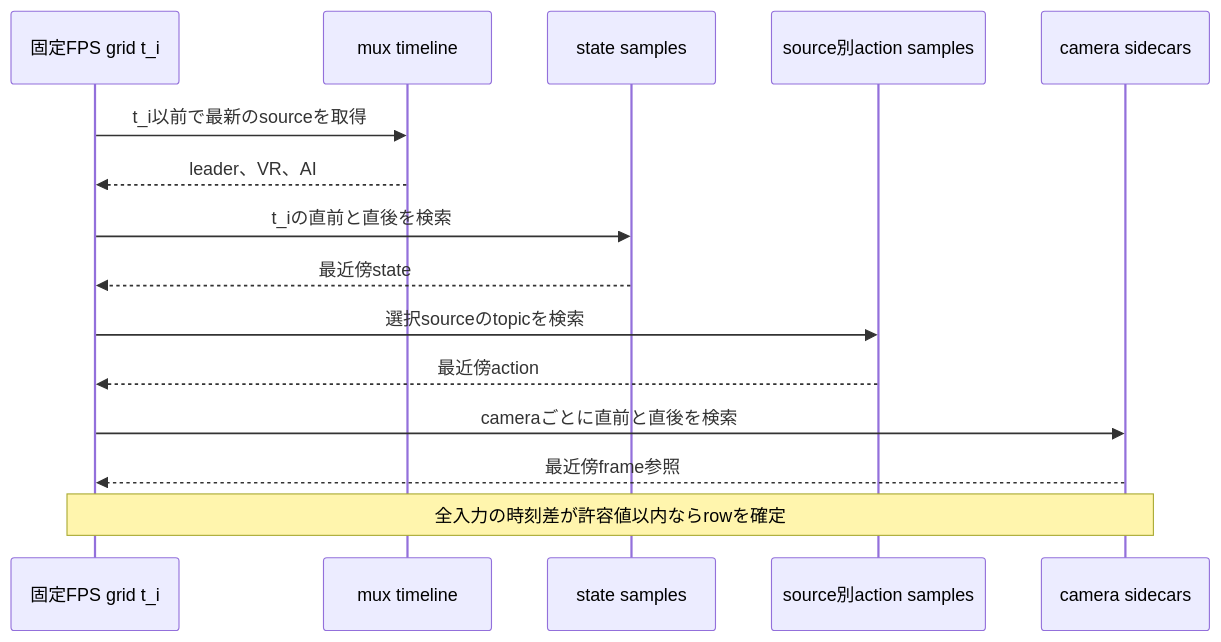
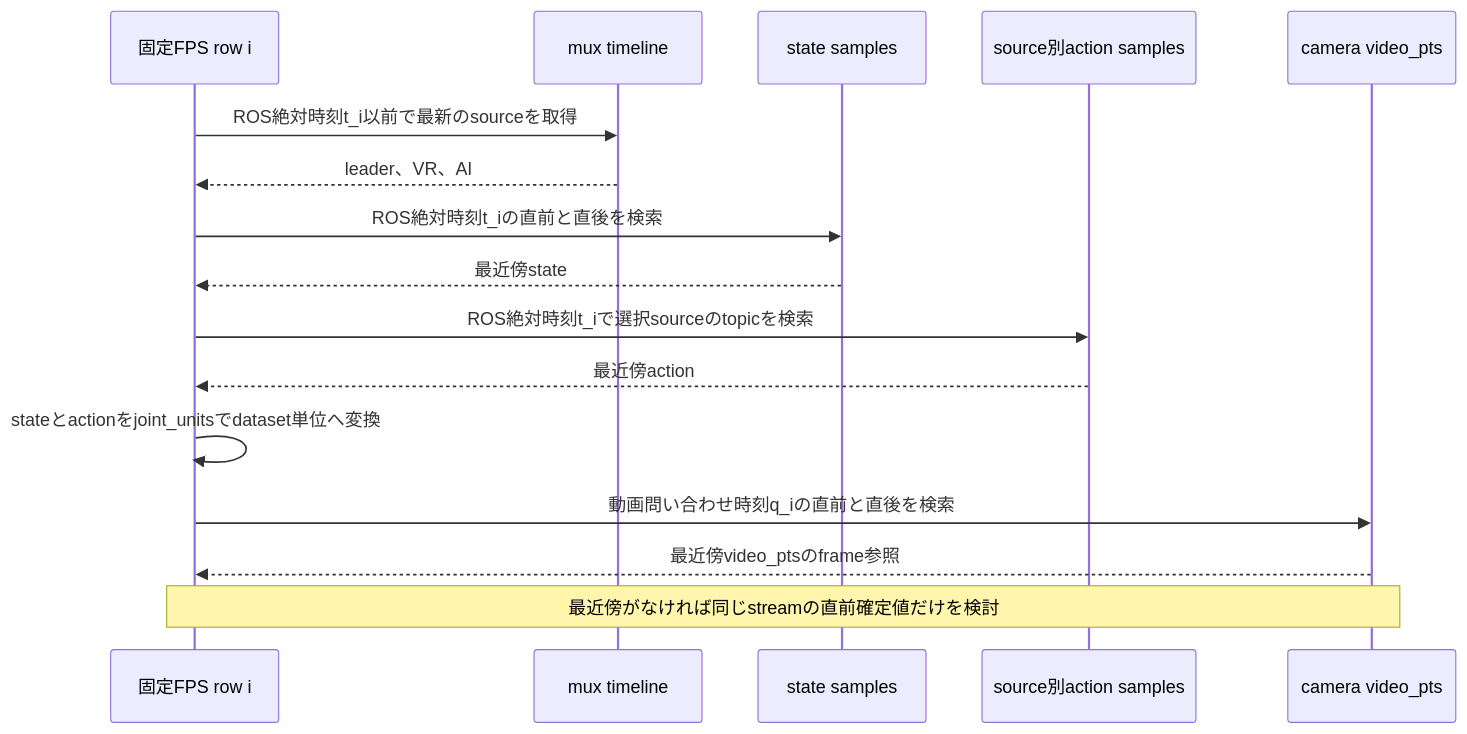
Before and after one commit to takatronix/fluent_vision_ros2: the eighth of 11 diagrams in src/streaming/fv_lerobot_exporter/docs/lerobot_dataset_export.md, drawn with Mermaid. The commit also changed other lines of this file and 21 other files, not shown here.

````diff
--- a/src/streaming/fv_lerobot_exporter/docs/lerobot_dataset_export.md
+++ b/src/streaming/fv_lerobot_exporter/docs/lerobot_dataset_export.md
@@ -412,18 +538,19 @@
 ```mermaid
 sequenceDiagram
-    participant G as 固定FPS grid t_i
+    participant G as 固定FPS row i
     participant M as mux timeline
     participant S as state samples
     participant A as source別action samples
-    participant C as camera sidecars
+    participant C as camera video_pts
 
-    G->>M: t_i以前で最新のsourceを取得
+    G->>M: ROS絶対時刻t_i以前で最新のsourceを取得
     M-->>G: leader、VR、AI
-    G->>S: t_iの直前と直後を検索
+    G->>S: ROS絶対時刻t_iの直前と直後を検索
     S-->>G: 最近傍state
-    G->>A: 選択sourceのtopicを検索
+    G->>A: ROS絶対時刻t_iで選択sourceのtopicを検索
     A-->>G: 最近傍action
-    G->>C: cameraごとに直前と直後を検索
-    C-->>G: 最近傍frame参照
-    Note over G,C: 全入力の時刻差が許容値以内ならrowを確定
+    G->>G: stateとactionをjoint_unitsでdataset単位へ変換
+    G->>C: 動画問い合わせ時刻q_iの直前と直後を検索
+    C-->>G: 最近傍video_ptsのframe参照
+    Note over G,C: 最近傍がなければ同じstreamの直前確定値だけを検討
 ```
````
